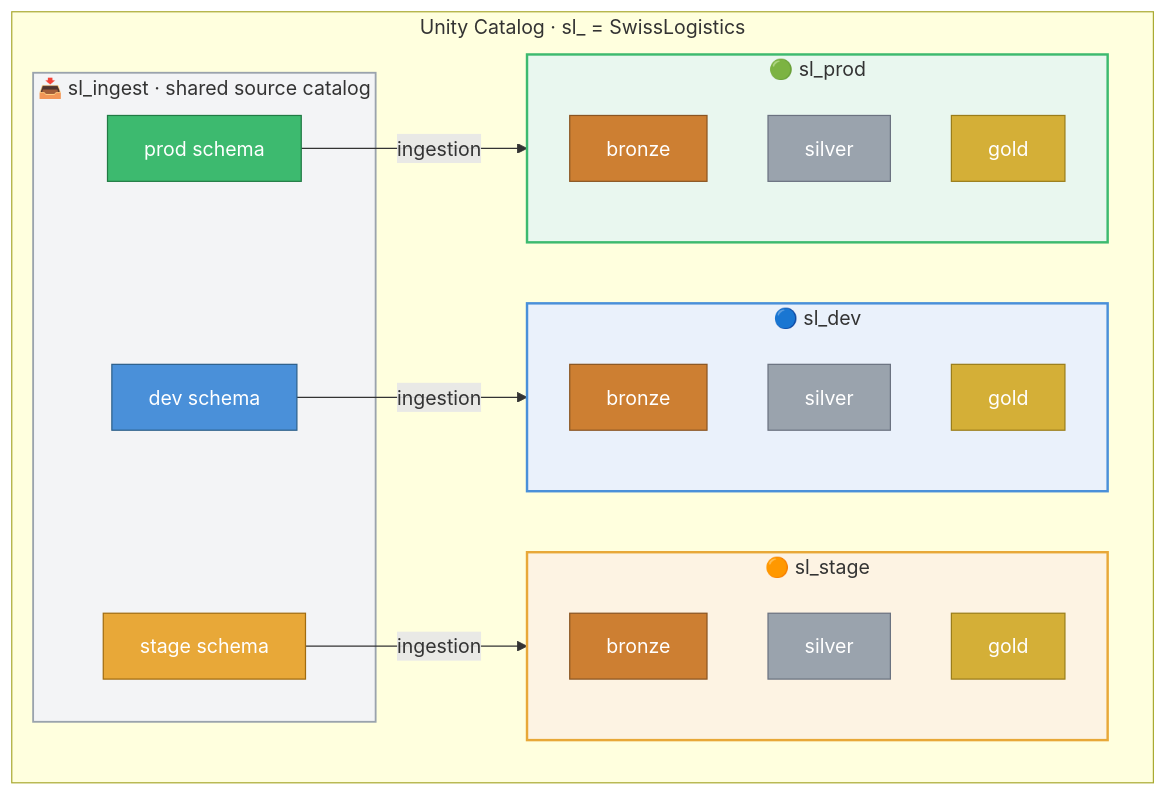
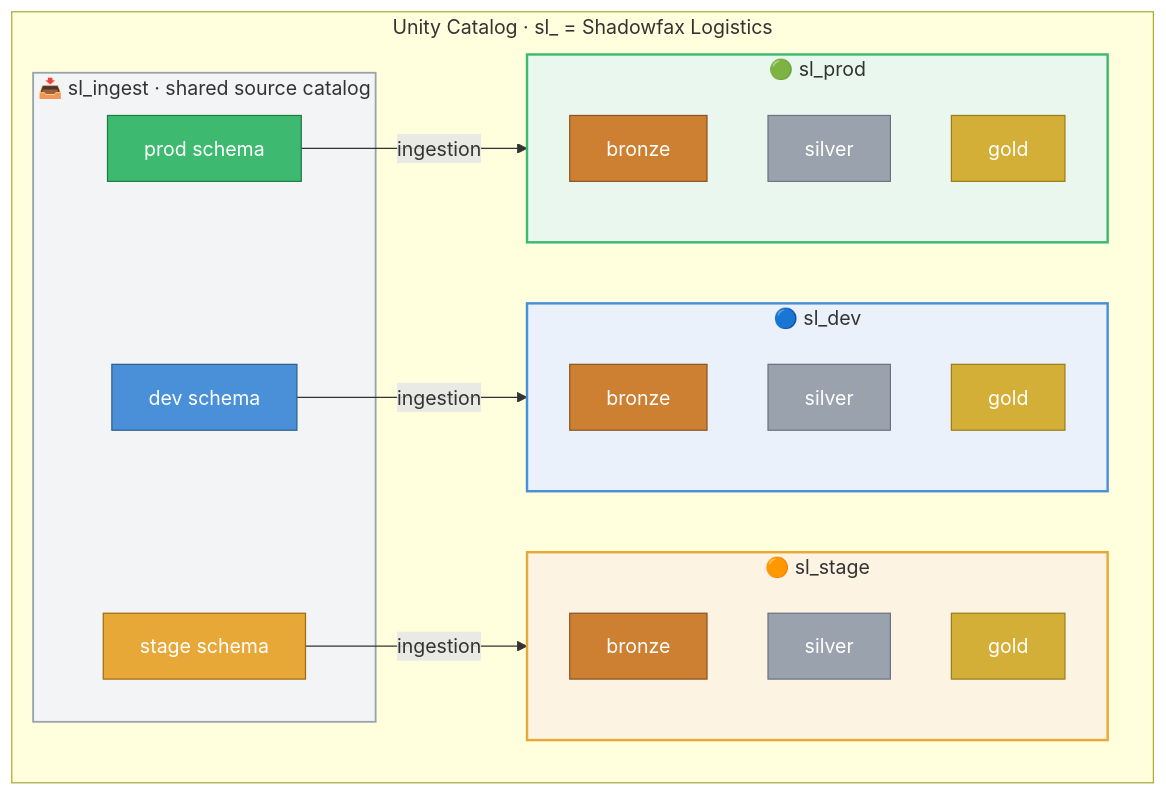
One commit to schmucas/databricks_de_professional_practice changed the fifth of 5 diagrams in README.md. Above: the diagram before and after it, drawn with Mermaid. The commit also changed other lines of this file and 7 other files, not shown here.

````diff
--- a/README.md
+++ b/README.md
@@ -259,44 +259,44 @@
 ```mermaid
 flowchart TB
-    subgraph UC["Unity Catalog · sl_ = SwissLogistics"]
+    subgraph UC["Unity Catalog · sl_ = Shadowfax Logistics"]
         subgraph ingest["📥 sl_ingest · shared source catalog"]
             I_DEV[dev schema]:::dev
             I_STG[stage schema]:::stage
             I_PRD[prod schema]:::prod
         end
 
         subgraph dev_cat["🔵 sl_dev"]
             D_B[bronze]:::bronze
             D_S[silver]:::silver
             D_G[gold]:::gold
         end
 
         subgraph stage_cat["🟠 sl_stage"]
             ST_B[bronze]:::bronze
             ST_S[silver]:::silver
             ST_G[gold]:::gold
         end
 
         subgraph prod_cat["🟢 sl_prod"]
             P_B[bronze]:::bronze
             P_S[silver]:::silver
             P_G[gold]:::gold
         end
     end
 
     I_DEV -->|ingestion| dev_cat
     I_STG -->|ingestion| stage_cat
     I_PRD -->|ingestion| prod_cat
 
     classDef dev    fill:#4a90d9,stroke:#2c5f8a,color:#fff
     classDef stage  fill:#e8a838,stroke:#a06b10,color:#fff
     classDef prod   fill:#3dba6f,stroke:#217a44,color:#fff
     classDef bronze fill:#cd7f32,stroke:#8a5522,color:#fff
     classDef silver fill:#9aa3ad,stroke:#6b7280,color:#fff
     classDef gold   fill:#d4af37,stroke:#9a7d1a,color:#fff
 
     style ingest    fill:#f3f4f6,stroke:#9aa3ad,stroke-width:1.5px
     style dev_cat   fill:#eaf1fb,stroke:#4a90d9,stroke-width:2px
     style stage_cat fill:#fdf3e3,stroke:#e8a838,stroke-width:2px
     style prod_cat  fill:#e9f7ef,stroke:#3dba6f,stroke-width:2px
 ```
````
